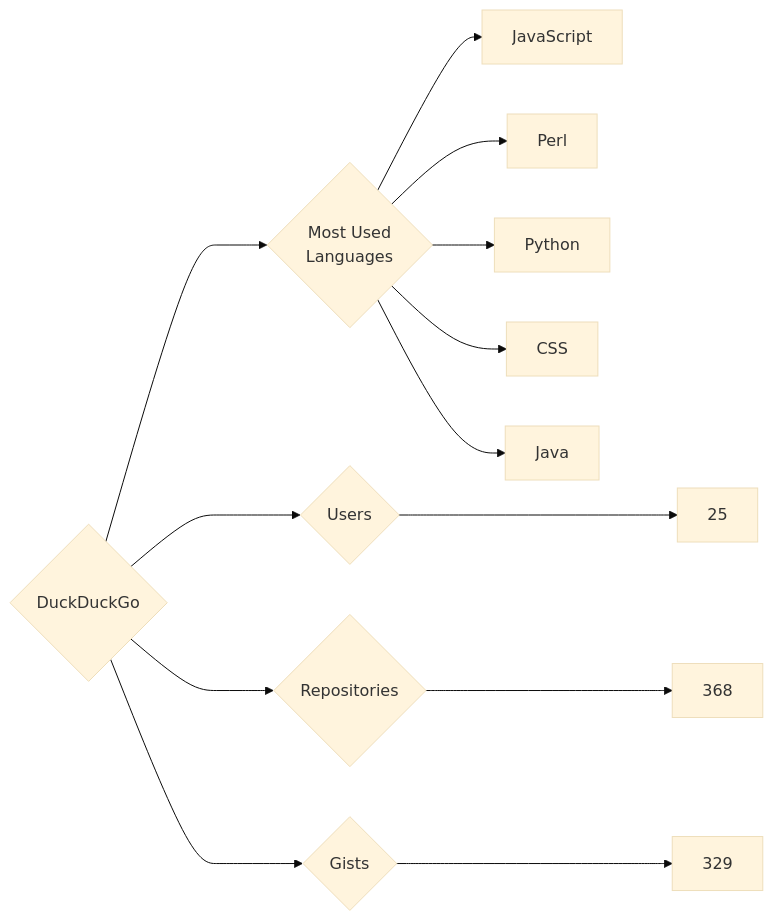
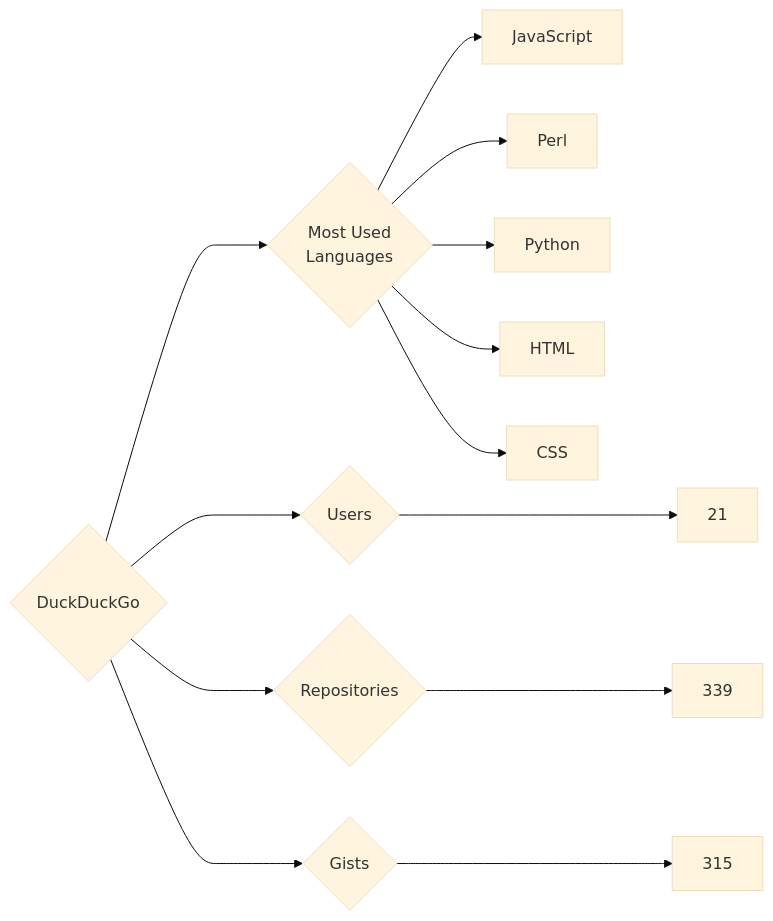
Before and after one commit to trickest/insiders: the diagram in targets/DuckDuckGo/README.md, drawn with Mermaid (base theme). The commit also changed 614 other files, not shown here.

````diff
--- a/targets/DuckDuckGo/README.md
+++ b/targets/DuckDuckGo/README.md
@@ -3,13 +3,13 @@
 ```mermaid
 graph LR
 COMPANY_NAME{DuckDuckGo}
-COMPANY_NAME ---> U{Users} ---> UN[25]
-COMPANY_NAME ---> R{Repositories} ---> RN[368]
-COMPANY_NAME ---> G{Gists} ---> GN[329]
+COMPANY_NAME ---> U{Users} ---> UN[21]
+COMPANY_NAME ---> R{Repositories} ---> RN[339]
+COMPANY_NAME ---> G{Gists} ---> GN[315]
 COMPANY_NAME ---> ML{Most Used<br>Languages}
 ML --> JavaScript[JavaScript]
 ML --> Perl[Perl]
 ML --> Python[Python]
+ML --> HTML[HTML]
 ML --> CSS[CSS]
-ML --> Java[Java]
 ```
````
